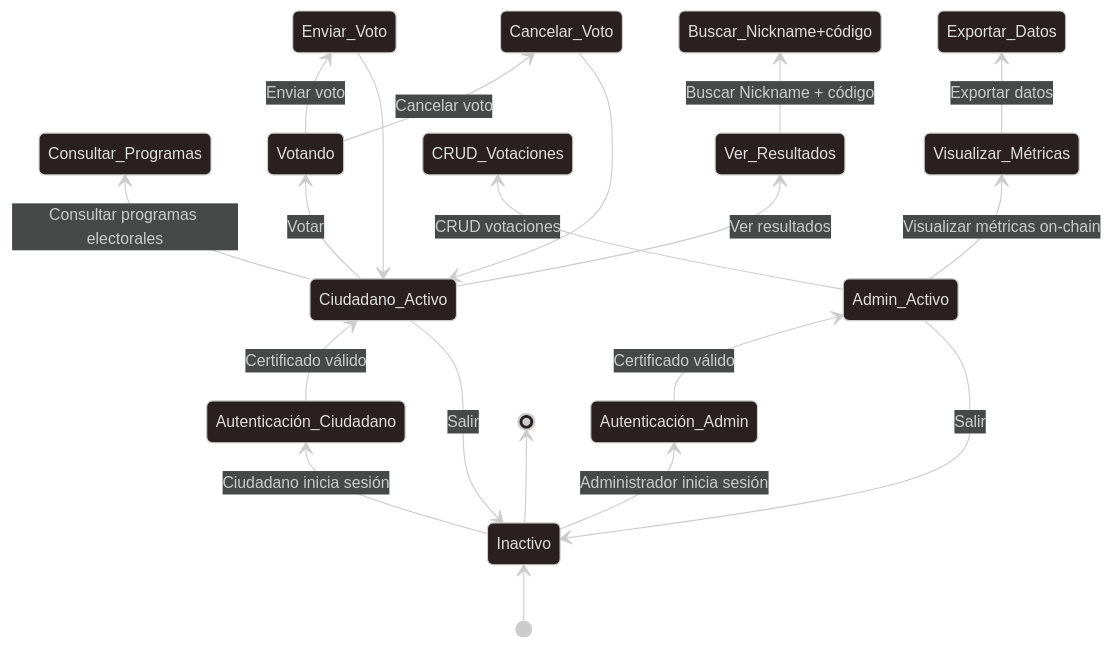
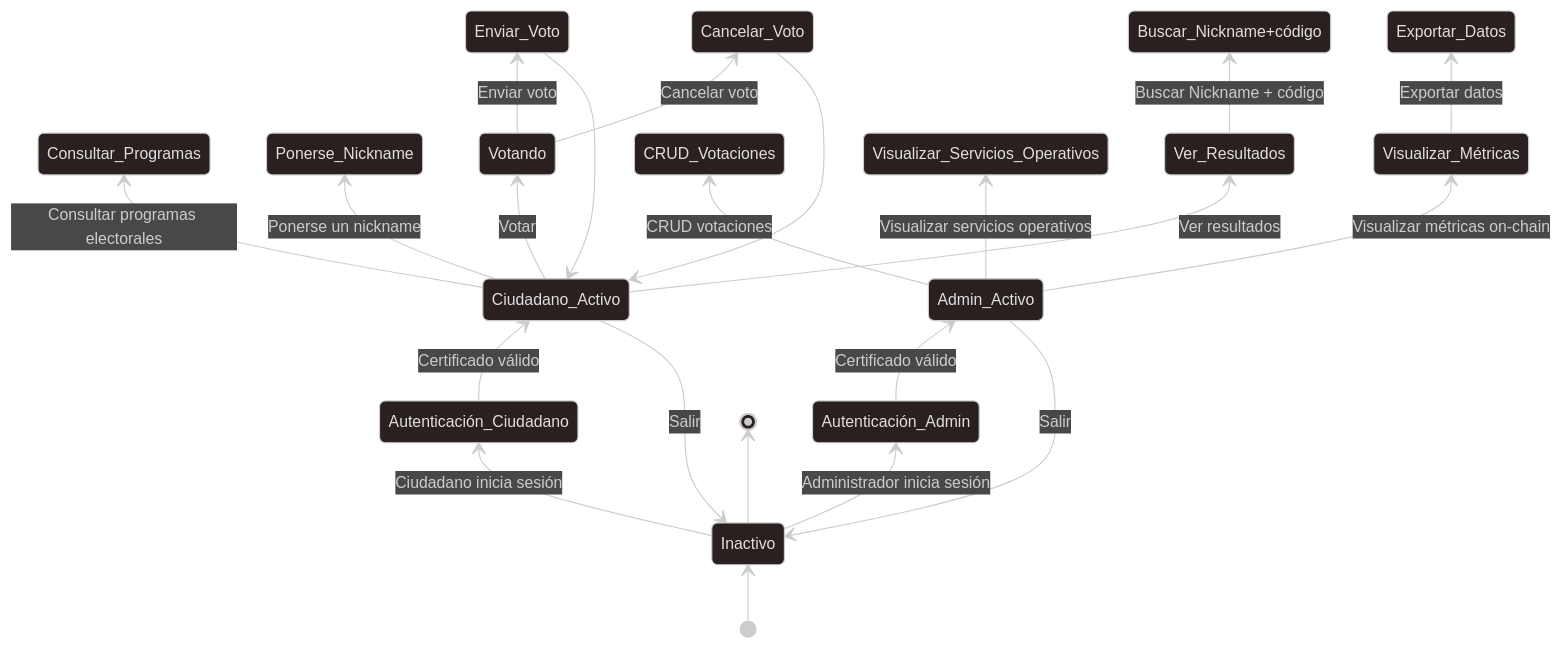
One commit to OnyxVariables/AGORA changed the first of 3 diagrams in docs/Diagrama_Estado.md. Above: the diagram before and after it, drawn with Mermaid. The commit also changed other lines of this file and 5 other files, not shown here.

````diff
--- a/docs/Diagrama_Estado.md
+++ b/docs/Diagrama_Estado.md
@@ -35,27 +35,29 @@
 ```mermaid
 ---
 config:
   theme: neo-dark
 ---
 stateDiagram
   direction BT
   [*] --> Inactivo
   Inactivo --> Autenticación_Ciudadano:Ciudadano inicia sesión
   Autenticación_Ciudadano --> Ciudadano_Activo:Certificado válido
   Ciudadano_Activo --> Consultar_Programas:Consultar programas electorales
+  Ciudadano_Activo --> Ponerse_Nickname:Ponerse un nickname
   Ciudadano_Activo --> Votando:Votar
   Votando --> Enviar_Voto:Enviar voto
   Votando --> Cancelar_Voto:Cancelar voto
   Enviar_Voto --> Ciudadano_Activo
   Cancelar_Voto --> Ciudadano_Activo
   Ciudadano_Activo --> Ver_Resultados:Ver resultados
   Ver_Resultados --> Buscar_Nickname+código:Buscar Nickname + código
   Ciudadano_Activo --> Inactivo:Salir
   Inactivo --> Autenticación_Admin:Administrador inicia sesión
   Autenticación_Admin --> Admin_Activo:Certificado válido
   Admin_Activo --> CRUD_Votaciones:CRUD votaciones
   Admin_Activo --> Visualizar_Métricas:Visualizar métricas on-chain
+  Admin_Activo --> Visualizar_Servicios_Operativos:Visualizar servicios operativos
   Visualizar_Métricas --> Exportar_Datos:Exportar datos
   Admin_Activo --> Inactivo:Salir
   Inactivo --> [*]
 ```
````
